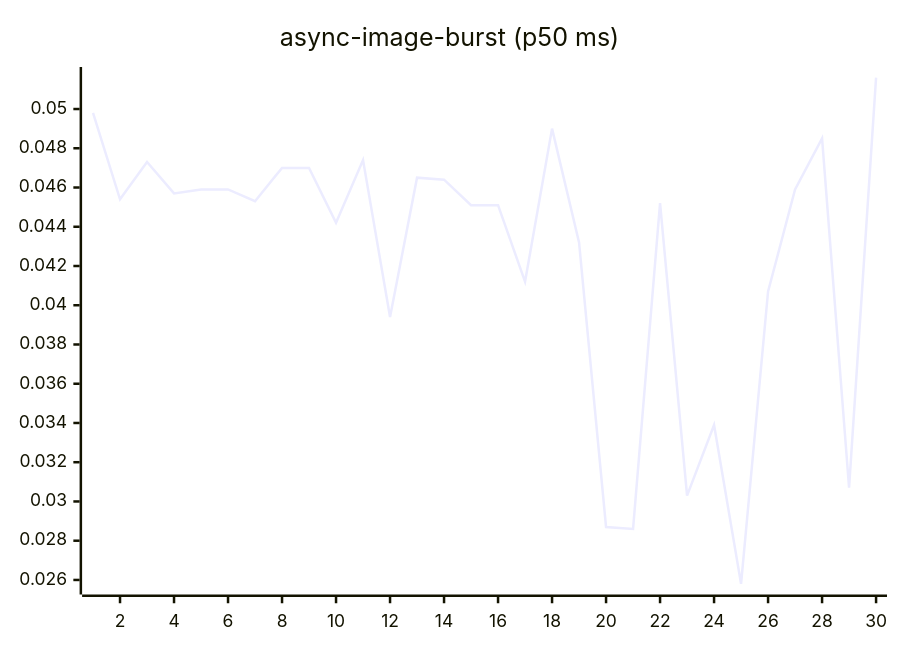
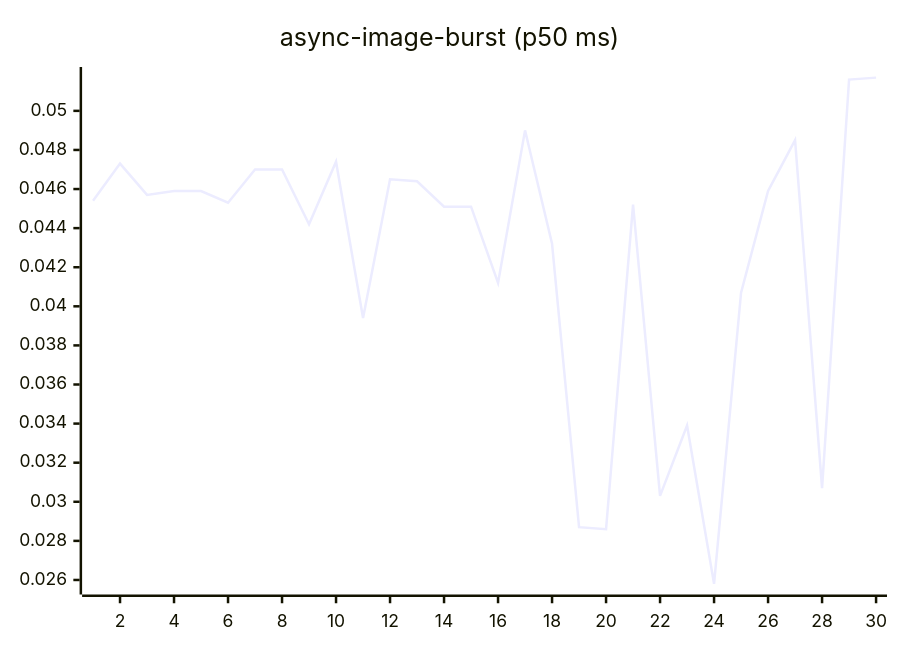
The fourth of 27 diagrams in README.md (josha/Facet), drawn with Mermaid before and after one commit. The commit also changed other lines of this file and 2 other files, not shown here.

````diff
--- a/README.md
+++ b/README.md
@@ -84,6 +84,6 @@
 ```mermaid
 xychart-beta
     title "async-image-burst (p50 ms)"
     x-axis 1 --> 30
-    line [0.0498, 0.0454, 0.0473, 0.0457, 0.0459, 0.0459, 0.0453, 0.0470, 0.0470, 0.0442, 0.0474, 0.0394, 0.0465, 0.0464, 0.0451, 0.0451, 0.0412, 0.0490, 0.0432, 0.0287, 0.0286, 0.0452, 0.0303, 0.0339, 0.0258, 0.0407, 0.0459, 0.0485, 0.0307, 0.0516]
+    line [0.0454, 0.0473, 0.0457, 0.0459, 0.0459, 0.0453, 0.0470, 0.0470, 0.0442, 0.0474, 0.0394, 0.0465, 0.0464, 0.0451, 0.0451, 0.0412, 0.0490, 0.0432, 0.0287, 0.0286, 0.0452, 0.0303, 0.0339, 0.0258, 0.0407, 0.0459, 0.0485, 0.0307, 0.0516, 0.0517]
 ```
````
